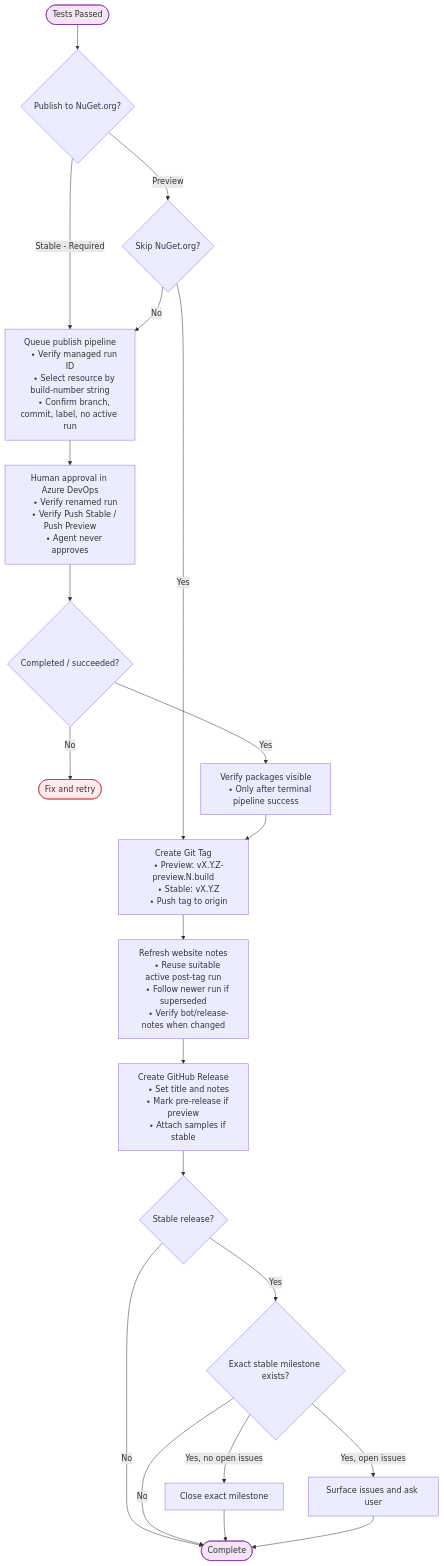
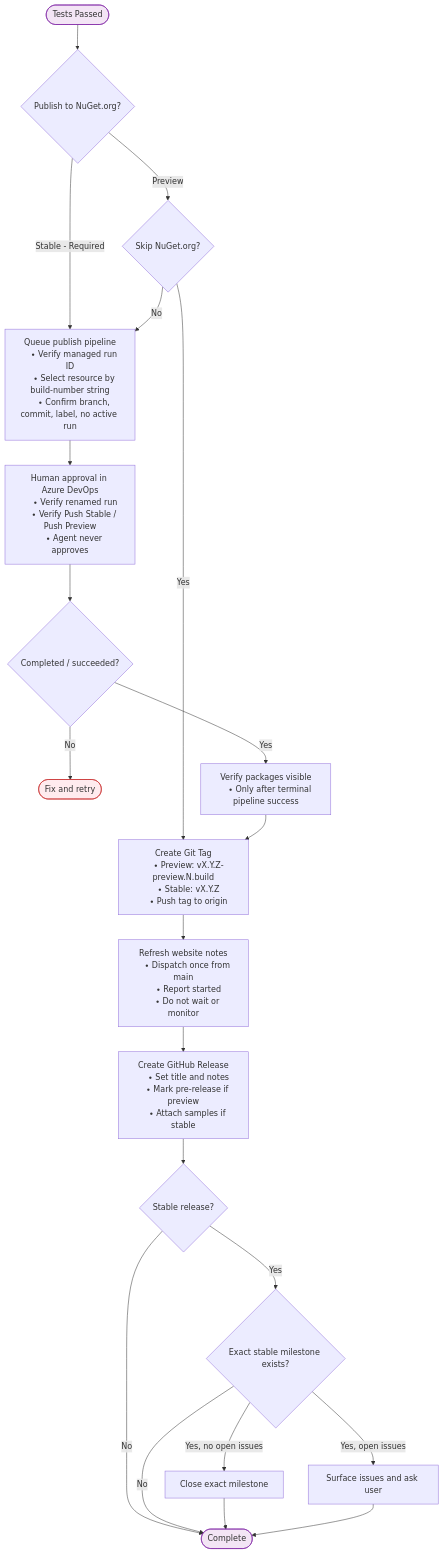
The third of 3 diagrams in documentation/dev/releasing.md (mono/SkiaSharp), drawn with Mermaid before and after one commit. The commit also changed 2 other files, not shown here.

Commit message:
Simplify website notes dispatch
Dispatch the release-notes workflow once from main and treat GitHub's acceptance as completion, leaving concurrency and supersession to the workflow.

Copilot-Session: ae9429ab-3288-4306-bef2-334a88751a86

````diff
--- a/documentation/dev/releasing.md
+++ b/documentation/dev/releasing.md
@@ -241,57 +241,57 @@
 ```mermaid
 flowchart TB
     START([Tests Passed]) --> REQ{Publish to NuGet.org?}
     
     REQ -->|Stable - Required| PUBLISH
     REQ -->|Preview| SKIP{Skip NuGet.org?}
     SKIP -->|Yes| TAG
     SKIP -->|No| PUBLISH
     
     PUBLISH["Queue publish pipeline
     ∙ Verify managed run ID
     ∙ Select resource by build-number string
     ∙ Confirm branch, commit, label, no active run"]
     
     PUBLISH --> APPROVE["Human approval in Azure DevOps
     ∙ Verify renamed run
     ∙ Verify Push Stable / Push Preview
     ∙ Agent never approves"]
 
     APPROVE --> STATUS{Completed / succeeded?}
     STATUS -->|No| FAILED([Fix and retry])
     STATUS -->|Yes| VERIFY["Verify packages visible
     ∙ Only after terminal pipeline success"]
 
     VERIFY --> TAG
     
     TAG["Create Git Tag
     ∙ Preview: vX.Y.Z-preview.N.build
     ∙ Stable: vX.Y.Z
     ∙ Push tag to origin"]
     
     TAG --> NOTES["Refresh website notes
-    ∙ Reuse suitable active post-tag run
-    ∙ Follow newer run if superseded
-    ∙ Verify bot/release-notes when changed"]
+    ∙ Dispatch once from main
+    ∙ Report started
+    ∙ Do not wait or monitor"]
 
     NOTES --> RELEASE
     
     RELEASE["Create GitHub Release
     ∙ Set title and notes
     ∙ Mark pre-release if preview
     ∙ Attach samples if stable"]
     
     RELEASE --> STABLE{Stable release?}
     STABLE -->|No| DONE([Complete])
     STABLE -->|Yes| MILESTONE{Exact stable milestone exists?}
     MILESTONE -->|No| DONE([Complete])
     MILESTONE -->|Yes, no open issues| CLOSE[Close exact milestone]
     MILESTONE -->|Yes, open issues| ASK[Surface issues and ask user]
     CLOSE --> DONE
     ASK --> DONE
 
     classDef error fill:#ffebee,stroke:#c62828
     classDef endpoint fill:#f3e5f5,stroke:#7b1fa2
     class FAILED error
     class START,DONE endpoint
 ```
````
